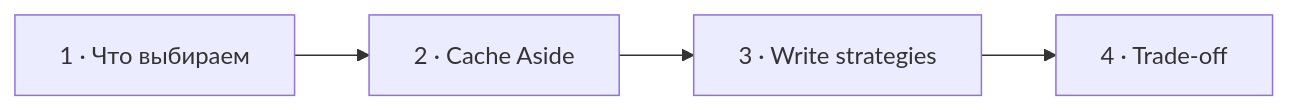
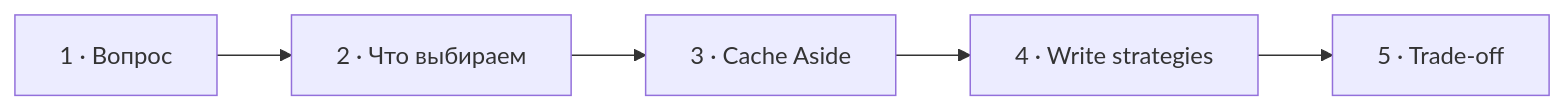
Before and after one commit to savinmikhail/php-backend-interview-video: the diagram in episodes/841862-1payment/visual-plans/25-cache-strategies.md, drawn with Mermaid. The commit also changed other lines of this file and 4 other files, not shown here.

````diff
--- a/episodes/841862-1payment/visual-plans/25-cache-strategies.md
+++ b/episodes/841862-1payment/visual-plans/25-cache-strategies.md
@@ -48,4 +49,4 @@
 ```mermaid
 flowchart LR
-  C["1 · Что выбираем"] --> A["2 · Cache Aside"] --> W["3 · Write strategies"] --> T["4 · Trade-off"]
+  Q["1 · Вопрос"] --> C["2 · Что выбираем"] --> A["3 · Cache Aside"] --> W["4 · Write strategies"] --> T["5 · Trade-off"]
 ```
````
